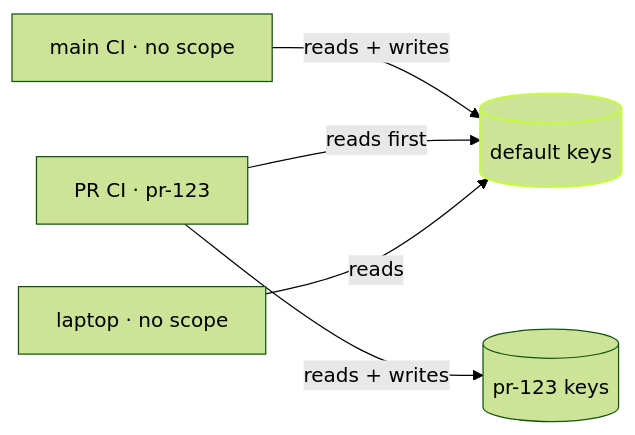
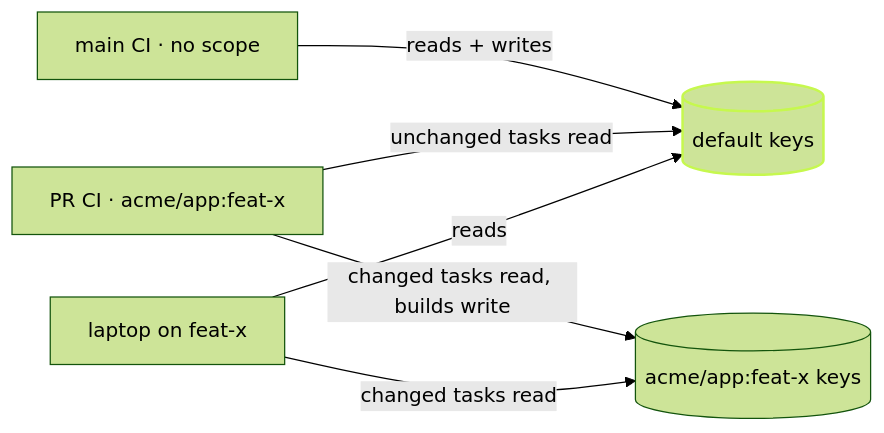
One commit to vznjs/vx changed the diagram in packages/vx-docs/src/content/docs/blog/the-cache-on-your-terms.md. Above: the diagram before and after it, drawn with Mermaid (forest theme). The commit also changed other lines of this file and 108 other files, not shown here.

````diff
--- a/packages/vx-docs/src/content/docs/blog/the-cache-on-your-terms.md
+++ b/packages/vx-docs/src/content/docs/blog/the-cache-on-your-terms.md
@@ -89,8 +89,9 @@
 ```mermaid
 flowchart LR
   M[main CI · no scope] -->|reads + writes| T[(default keys)]
-  P[PR CI · pr-123] -->|reads first| T
-  P -->|reads + writes| S[(pr-123 keys)]
-  L[laptop · no scope] -->|reads| T
+  P[PR CI · acme/app:feat-x] -->|unchanged tasks read| T
+  P -->|changed tasks read, builds write| S[(acme/app:feat-x keys)]
+  L[laptop on feat-x] -->|reads| T
+  L -->|changed tasks read| S
   style T stroke:#c6f84e,stroke-width:2px
 ```
````
